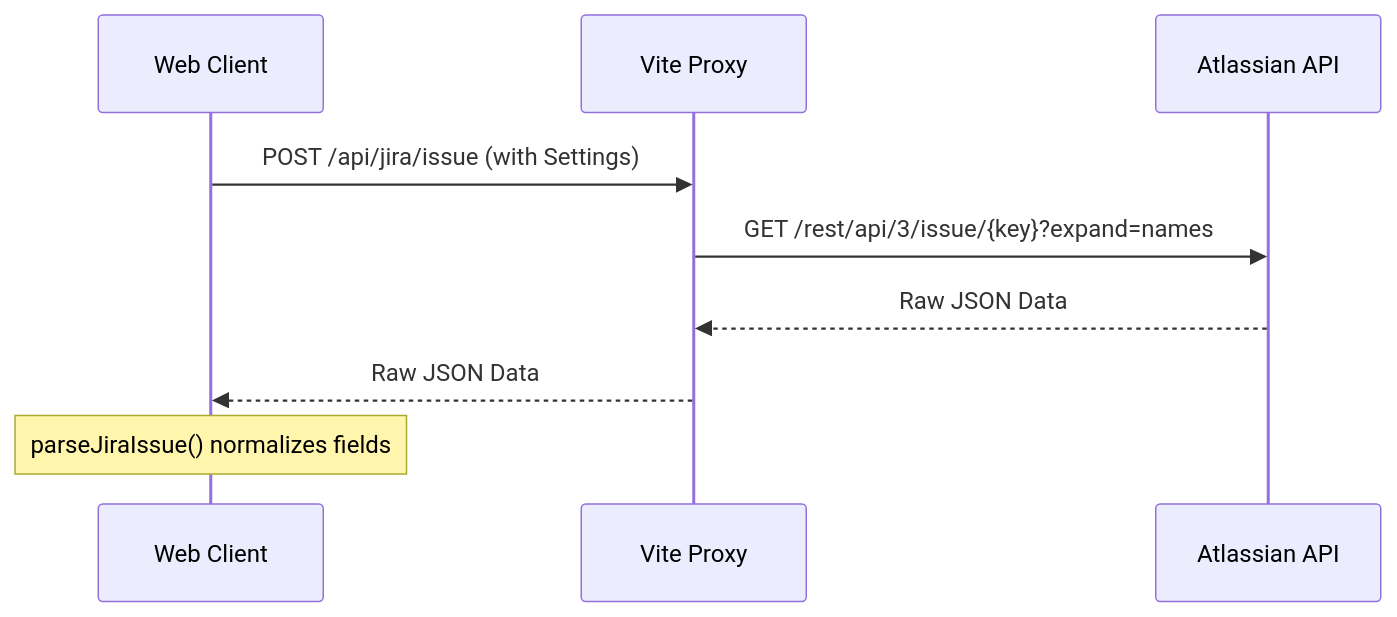
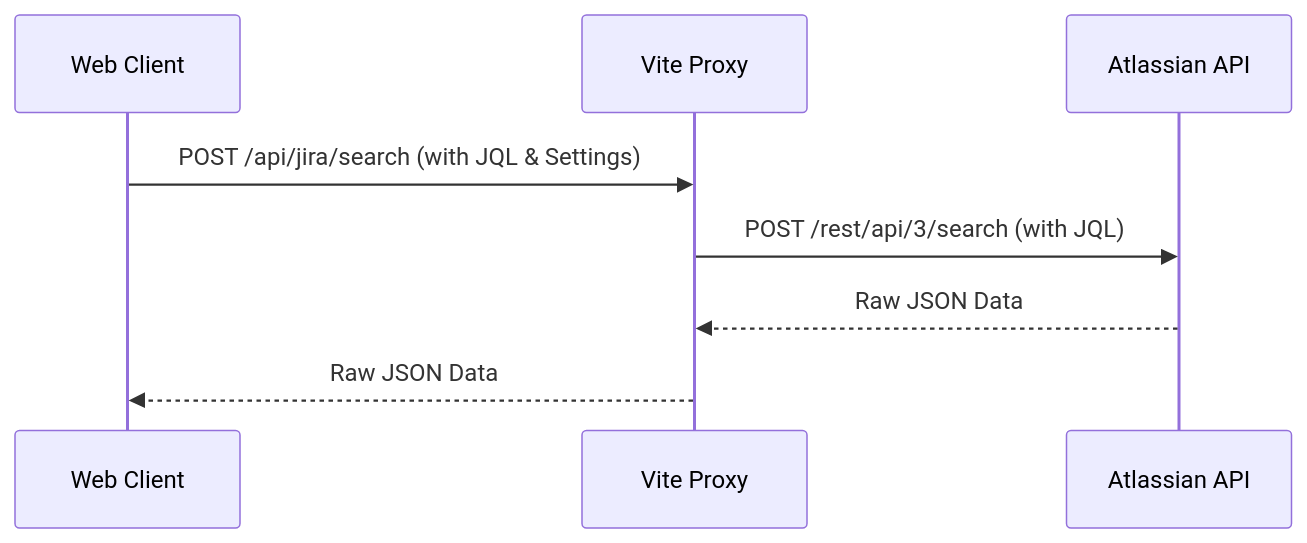
One commit to AlesKracik/ValueStream-DependencyTree changed the diagram in doc/JIRA_INTEGRATION.md. Above: the diagram before and after it, drawn with Mermaid. The commit also changed other lines of this file and 11 other files, not shown here.

````diff
--- a/doc/JIRA_INTEGRATION.md
+++ b/doc/JIRA_INTEGRATION.md
@@ -9,11 +9,10 @@
 ```mermaid
 sequenceDiagram
     participant UI as Web Client
     participant Proxy as Vite Proxy
     participant Jira as Atlassian API
-    UI->>Proxy: POST /api/jira/issue (with Settings)
-    Proxy->>Jira: GET /rest/api/3/issue/{key}?expand=names
+    UI->>Proxy: POST /api/jira/search (with JQL & Settings)
+    Proxy->>Jira: POST /rest/api/3/search (with JQL)
     Jira-->>Proxy: Raw JSON Data
     Proxy-->>UI: Raw JSON Data
-    Note over UI: parseJiraIssue() normalizes fields
 ```
````
